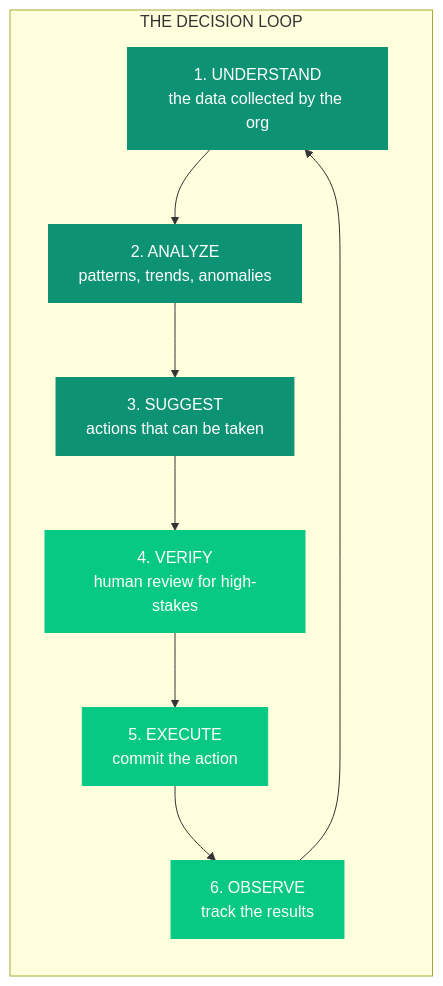
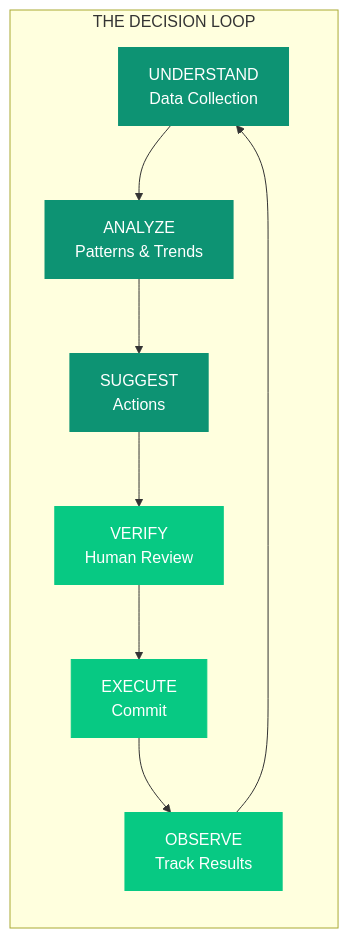
One commit to ashishsuperatom/tech-docs changed the first of 2 diagrams in introduction/overview.mdx. Above: the diagram before and after it, drawn with Mermaid. The commit also changed other lines of this file and 13 other files, not shown here.

First line of the commit message:
Add Superatom AI logo and fix Mermaid diagram rendering

````diff
--- a/introduction/overview.mdx
+++ b/introduction/overview.mdx
@@ -27,19 +27,19 @@
 ```mermaid
 flowchart TB
     subgraph LOOP["THE DECISION LOOP"]
         direction TB
-        A["1. UNDERSTAND<br>the data collected by the org"] --> B["2. ANALYZE<br>patterns, trends, anomalies"]
-        B --> C["3. SUGGEST<br>actions that can be taken"]
-        C --> D["4. VERIFY<br>human review for high-stakes"]
-        D --> E["5. EXECUTE<br>commit the action"]
-        E --> F["6. OBSERVE<br>track the results"]
+        A["UNDERSTAND<br>Data Collection"] --> B["ANALYZE<br>Patterns & Trends"]
+        B --> C["SUGGEST<br>Actions"]
+        C --> D["VERIFY<br>Human Review"]
+        D --> E["EXECUTE<br>Commit"]
+        E --> F["OBSERVE<br>Track Results"]
         F --> A
     end
 
     style A fill:#0D9373,color:#fff,stroke:#0D9373
     style B fill:#0D9373,color:#fff,stroke:#0D9373
     style C fill:#0D9373,color:#fff,stroke:#0D9373
     style D fill:#07C983,color:#fff,stroke:#07C983
     style E fill:#07C983,color:#fff,stroke:#07C983
     style F fill:#07C983,color:#fff,stroke:#07C983
 ```
````
